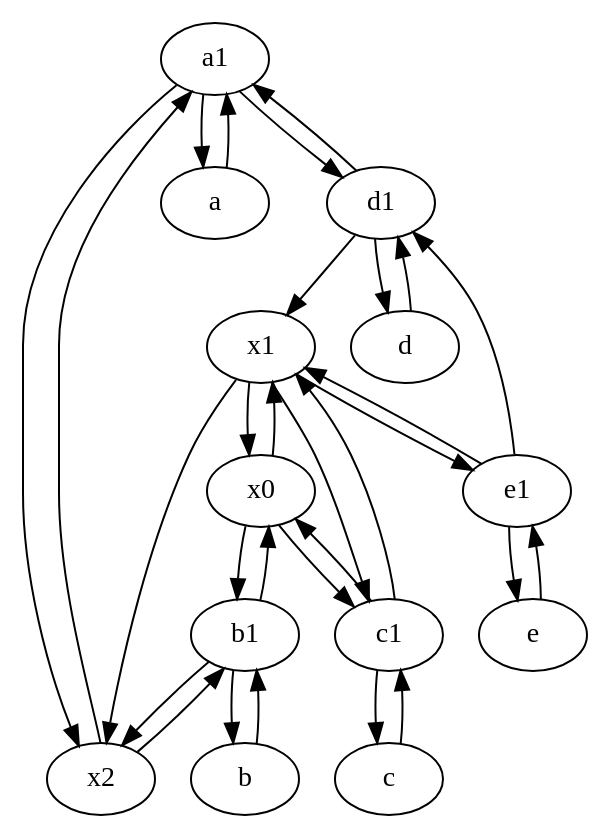
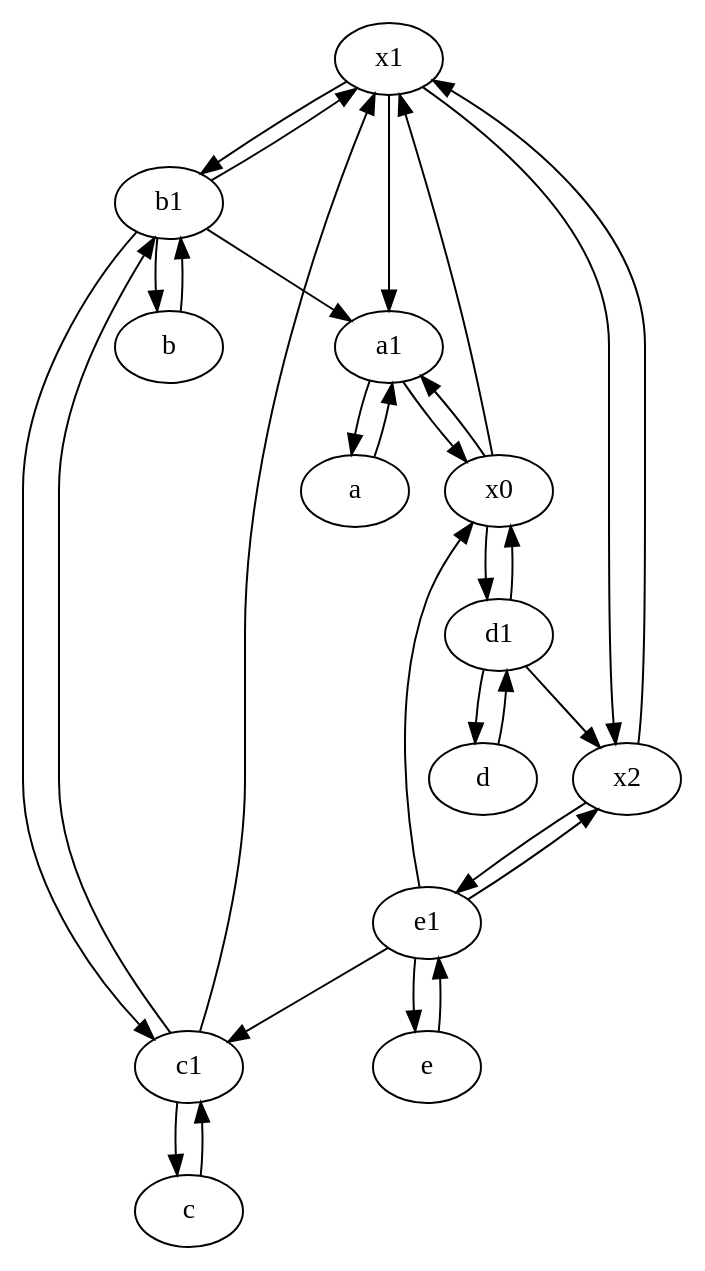
One commit to anisabnis/graph_inference changed the diagram in results_random_err/surfnet/2/topologyinf.dot. Above: the diagram before and after it, drawn with Graphviz. The commit also changed 5598 other files, not shown here.

```diff
--- a/results_random_err/surfnet/2/topologyinf.dot
+++ b/results_random_err/surfnet/2/topologyinf.dot
@@ -1,45 +1,45 @@
 digraph  {
-	a1 [pos="40,15!"];
-	b [pos="50,20!"];
-	d [pos="20,30!"];
-	d1 [pos="25,30!"];
+	x1;
 	c [pos="20,10!"];
 	b1 [pos="45,20!"];
+	e [pos="30,50!"];
 	a [pos="40,10!"];
+	d [pos="20,30!"];
+	x2;
+	c1 [pos="30,15!"];
+	e1 [pos="25,45!"];
+	b [pos="50,20!"];
+	d1 [pos="25,30!"];
 	x0;
-	c1 [pos="30,15!"];
-	e [pos="30,50!"];
-	x2;
-	x1;
-	e1 [pos="25,45!"];
-	x1 -> x0;
+	a1 [pos="40,15!"];
+	b1 -> a1;
+	x1 -> x2;
+	e1 -> x2;
+	b1 -> x1;
+	x2 -> x1;
+	d1 -> d;
+	x0 -> d1;
+	c1 -> x1;
+	b1 -> b;
+	c1 -> c;
+	c -> c1;
+	d -> d1;
+	e1 -> e;
+	b1 -> c1;
+	x0 -> a1;
 	b -> b1;
+	d1 -> x0;
+	e -> e1;
+	e1 -> x0;
+	c1 -> b1;
+	d1 -> x2;
+	x1 -> a1;
+	x1 -> b1;
+	x0 -> x1;
+	x2 -> e1;
 	a1 -> a;
-	x2 -> a1;
-	b1 -> x2;
-	a1 -> d1;
-	x2 -> b1;
-	e -> e1;
-	x0 -> x1;
-	c1 -> x1;
-	x1 -> x2;
-	b1 -> b;
-	d1 -> a1;
-	e1 -> e;
-	c -> c1;
-	c1 -> c;
-	c1 -> x0;
-	e1 -> x1;
-	a1 -> x2;
-	x1 -> c1;
-	e1 -> d1;
-	d -> d1;
-	x0 -> c1;
+	e1 -> c1;
 	a -> a1;
-	d1 -> d;
-	x0 -> b1;
-	d1 -> x1;
-	x1 -> e1;
-	b1 -> x0;
+	a1 -> x0;
 
 	}
```
